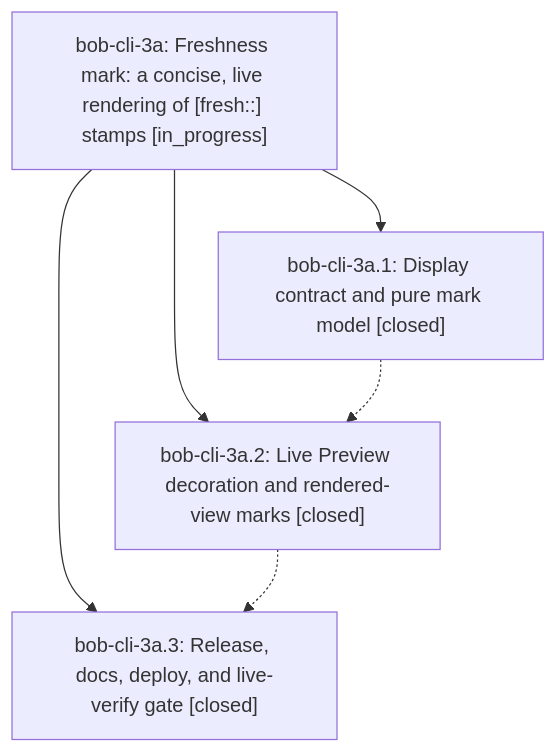
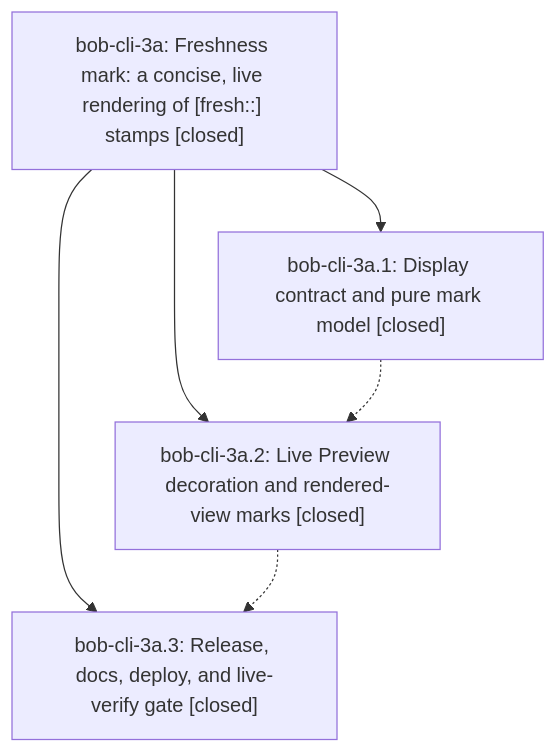
One commit to bobs-org/bob-cli--beads changed the diagram in pages/bob-cli-3a/README.md. Above: the diagram before and after it, drawn with Mermaid. The commit also changed other lines of this file, not shown here.

First line of the commit message:
chore(beads): sync bead state and pages for bob-cli-3a

````diff
--- a/pages/bob-cli-3a/README.md
+++ b/pages/bob-cli-3a/README.md
@@ -32,12 +44,12 @@
 ```mermaid
 flowchart TD
-    n0["bob-cli-3a: Freshness mark: a concise, live rendering of [fresh::] stamps [in_progress]"]
+    n0["bob-cli-3a: Freshness mark: a concise, live rendering of [fresh::] stamps [closed]"]
     n1["bob-cli-3a.1: Display contract and pure mark model [closed]"]
     n2["bob-cli-3a.2: Live Preview decoration and rendered-view marks [closed]"]
     n3["bob-cli-3a.3: Release, docs, deploy, and live-verify gate [closed]"]
     n0 --> n1
     n0 --> n2
     n0 --> n3
     n1 -.-> n2
     n2 -.-> n3
 ```
````
